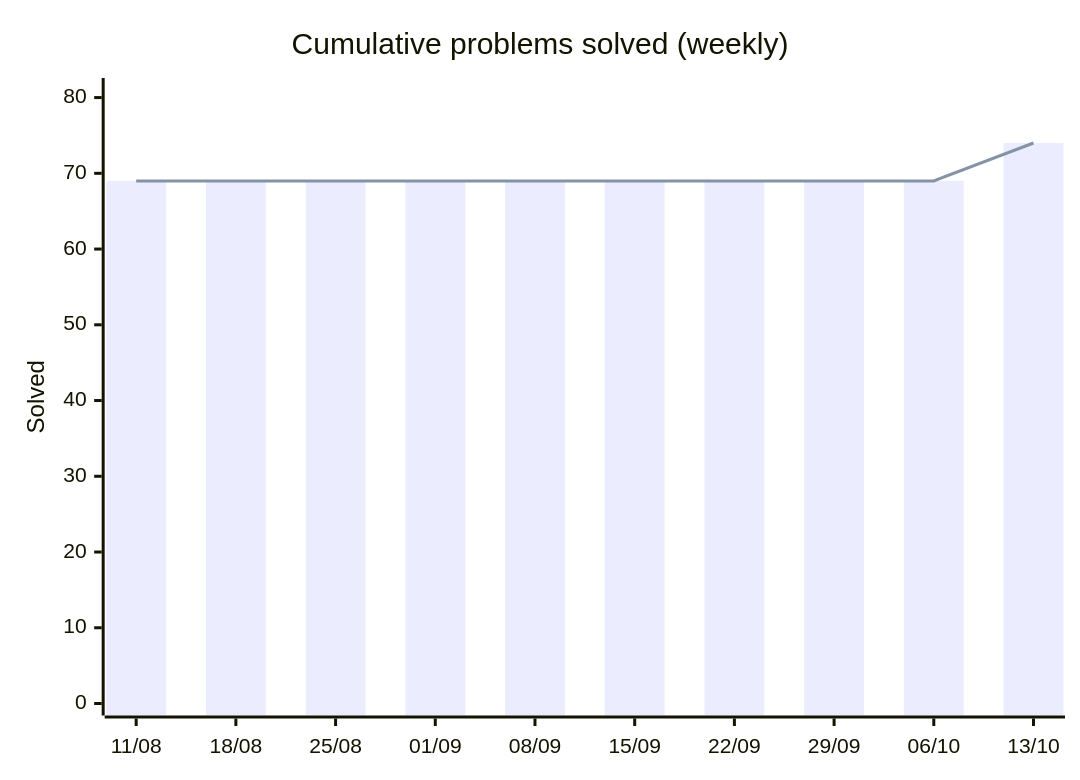
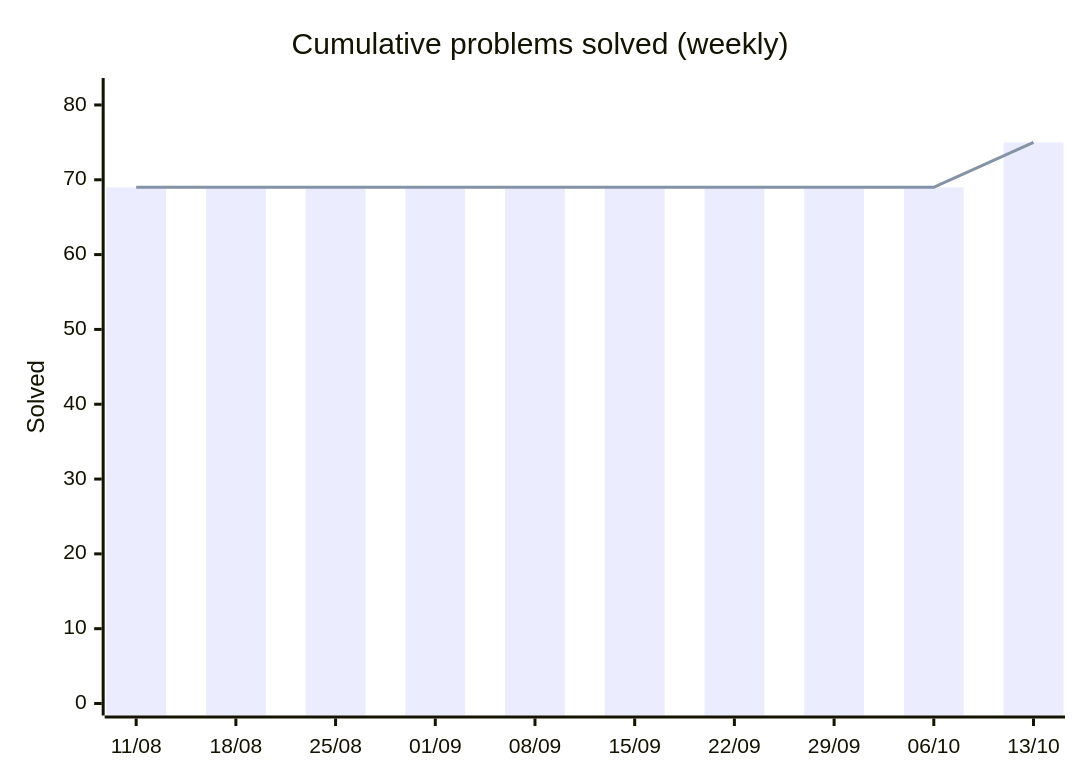
Before and after one commit to HarryTrn/TensorTonic-Solutions: the first of 2 diagrams in README.md, drawn with Mermaid. The commit also changed other lines of this file, not shown here.

````diff
--- a/README.md
+++ b/README.md
@@ -65,8 +65,8 @@
 ```mermaid
 xychart-beta
     title "Cumulative problems solved (weekly)"
     x-axis ["11/08", "18/08", "25/08", "01/09", "08/09", "15/09", "22/09", "29/09", "06/10", "13/10"]
-    y-axis "Solved" 0 --> 81
-    bar [69, 69, 69, 69, 69, 69, 69, 69, 69, 74]
-    line [69, 69, 69, 69, 69, 69, 69, 69, 69, 74]
+    y-axis "Solved" 0 --> 82
+    bar [69, 69, 69, 69, 69, 69, 69, 69, 69, 75]
+    line [69, 69, 69, 69, 69, 69, 69, 69, 69, 75]
 ```
````
